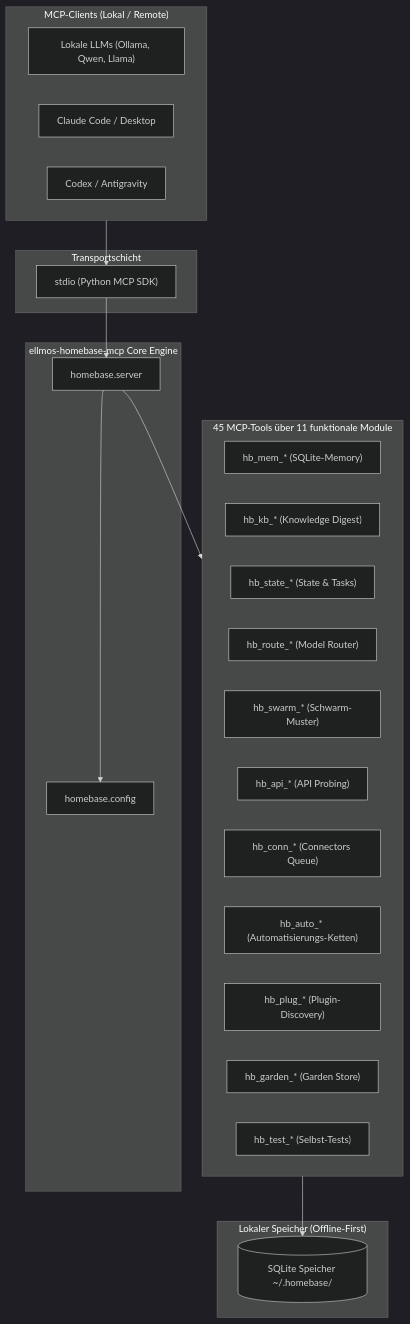
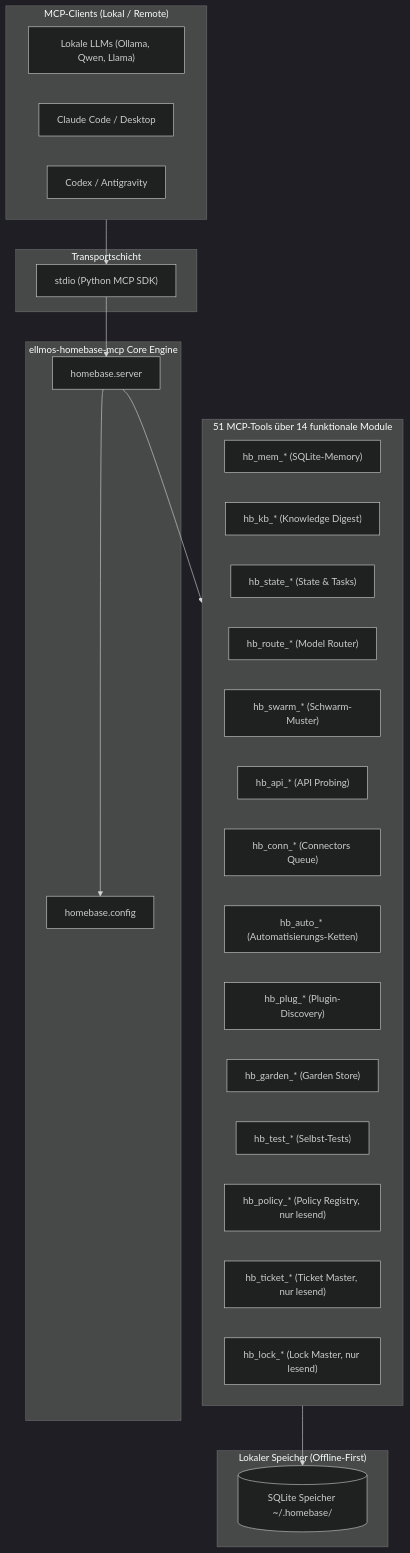
One commit to ellmos-ai/ellmos-homebase-mcp changed the first of 2 diagrams in README_de.md. Above: the diagram before and after it, drawn with Mermaid (dark theme). The commit also changed other lines of this file and 20 other files, not shown here.

````diff
--- a/README_de.md
+++ b/README_de.md
@@ -55,41 +55,44 @@
 ```mermaid
 flowchart TD
     subgraph Clients ["MCP-Clients (Lokal / Remote)"]
         Ollama["Lokale LLMs (Ollama, Qwen, Llama)"]
         Claude["Claude Code / Desktop"]
         Codex["Codex / Antigravity"]
     end
 
     subgraph Transport ["Transportschicht"]
         Stdio["stdio (Python MCP SDK)"]
     end
 
     subgraph Core ["ellmos-homebase-mcp Core Engine"]
         Server["homebase.server"]
         Config["homebase.config"]
     end
 
-    subgraph ToolGroups ["45 MCP-Tools über 11 funktionale Module"]
+    subgraph ToolGroups ["51 MCP-Tools über 14 funktionale Module"]
         Mem["hb_mem_* (SQLite-Memory)"]
         KB["hb_kb_* (Knowledge Digest)"]
         State["hb_state_* (State & Tasks)"]
         Route["hb_route_* (Model Router)"]
         Swarm["hb_swarm_* (Schwarm-Muster)"]
         Api["hb_api_* (API Probing)"]
         Conn["hb_conn_* (Connectors Queue)"]
         Auto["hb_auto_* (Automatisierungs-Ketten)"]
         Plug["hb_plug_* (Plugin-Discovery)"]
         Garden["hb_garden_* (Garden Store)"]
         Test["hb_test_* (Selbst-Tests)"]
+        Policy["hb_policy_* (Policy Registry, nur lesend)"]
+        Ticket["hb_ticket_* (Ticket Master, nur lesend)"]
+        Lock["hb_lock_* (Lock Master, nur lesend)"]
     end
 
     subgraph Storage ["Lokaler Speicher (Offline-First)"]
         DB[(SQLite Speicher ~/.homebase/)]
     end
 
     Clients --> Stdio
     Stdio --> Server
     Server --> Config
     Server --> ToolGroups
     ToolGroups --> DB
 ```
````
